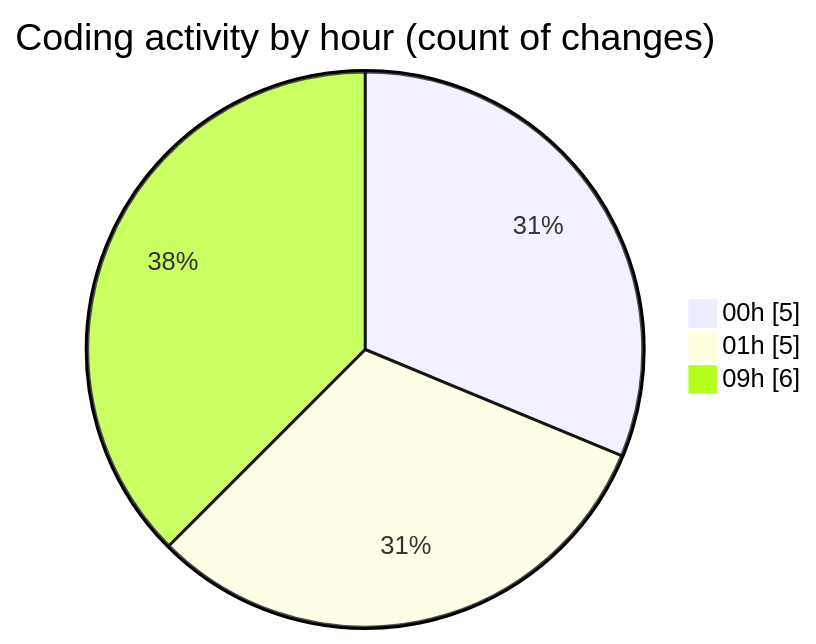
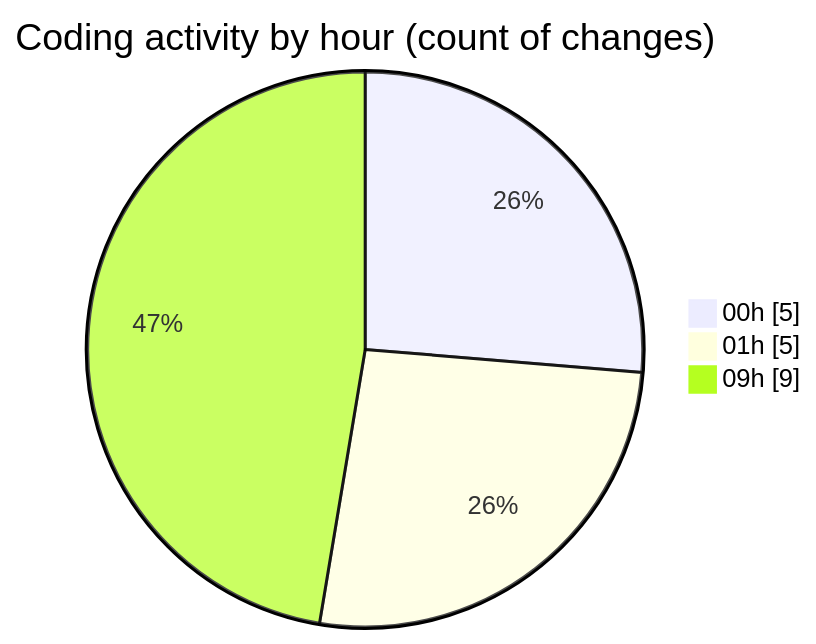
The second of 2 diagrams in 2025-07-12/ribbon/README.md (EIIisD/code-tracking), drawn with Mermaid before and after one commit. The commit also changed other lines of this file and 1 other file, not shown here.

````diff
--- a/2025-07-12/ribbon/README.md
+++ b/2025-07-12/ribbon/README.md
@@ -35,7 +35,7 @@
 ```mermaid
 pie showData
 title Coding activity by hour (count of changes)
 "00h" : 5
 "01h" : 5
-"09h" : 6
+"09h" : 9
 ```
````
